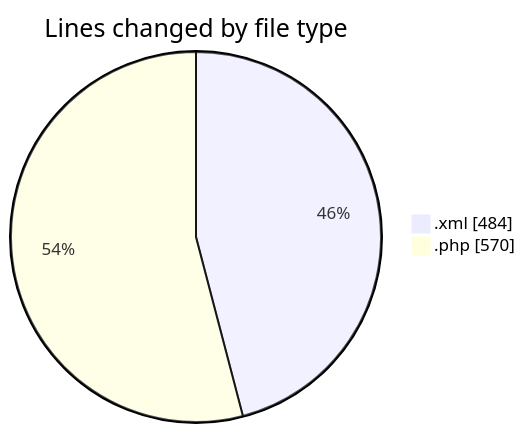
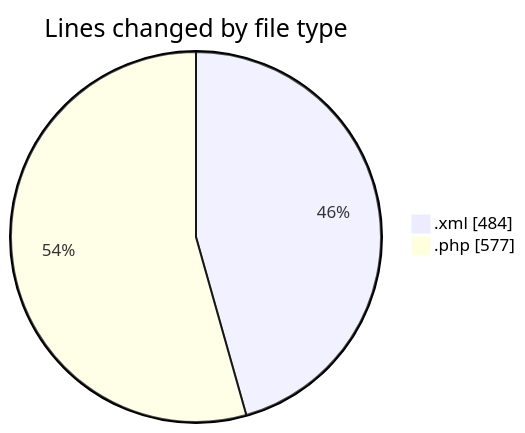
The first of 2 diagrams in 2025-04-24/zeytoon/README.md (vahidmafi/code-tracking), drawn with Mermaid before and after one commit. The commit also changed other lines of this file and 1 other file, not shown here.

````diff
--- a/2025-04-24/zeytoon/README.md
+++ b/2025-04-24/zeytoon/README.md
@@ -21,6 +21,6 @@
 ```mermaid
 pie showData
 title Lines changed by file type
 ".xml" : 484
-".php" : 570
+".php" : 577
 ```
````
